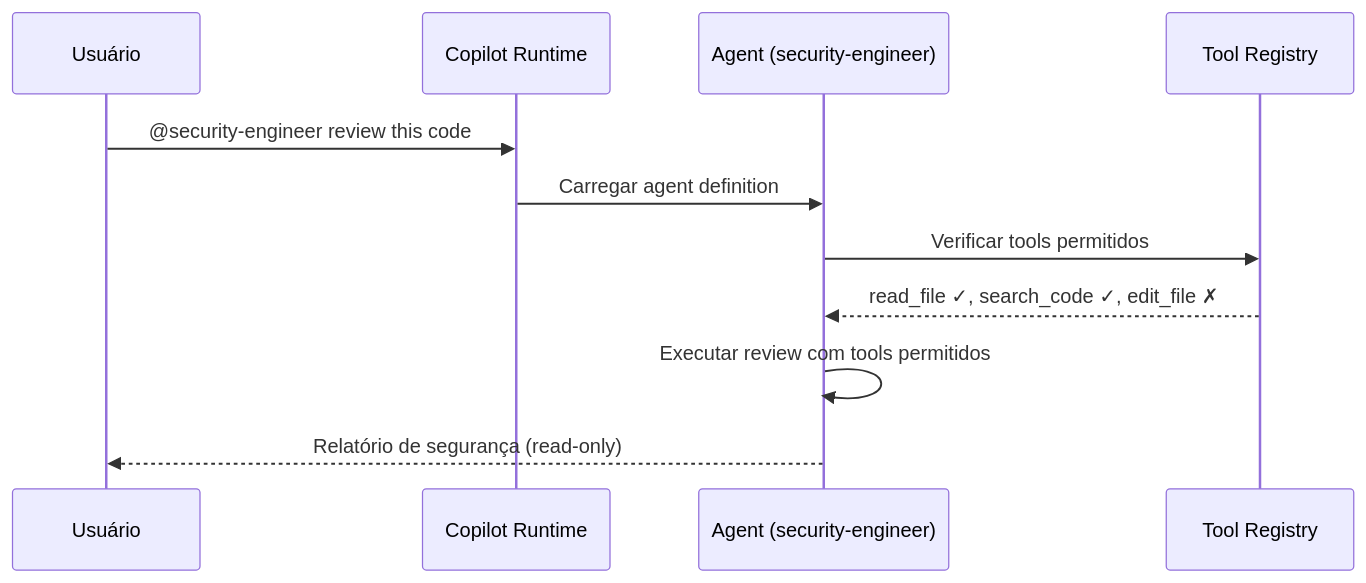
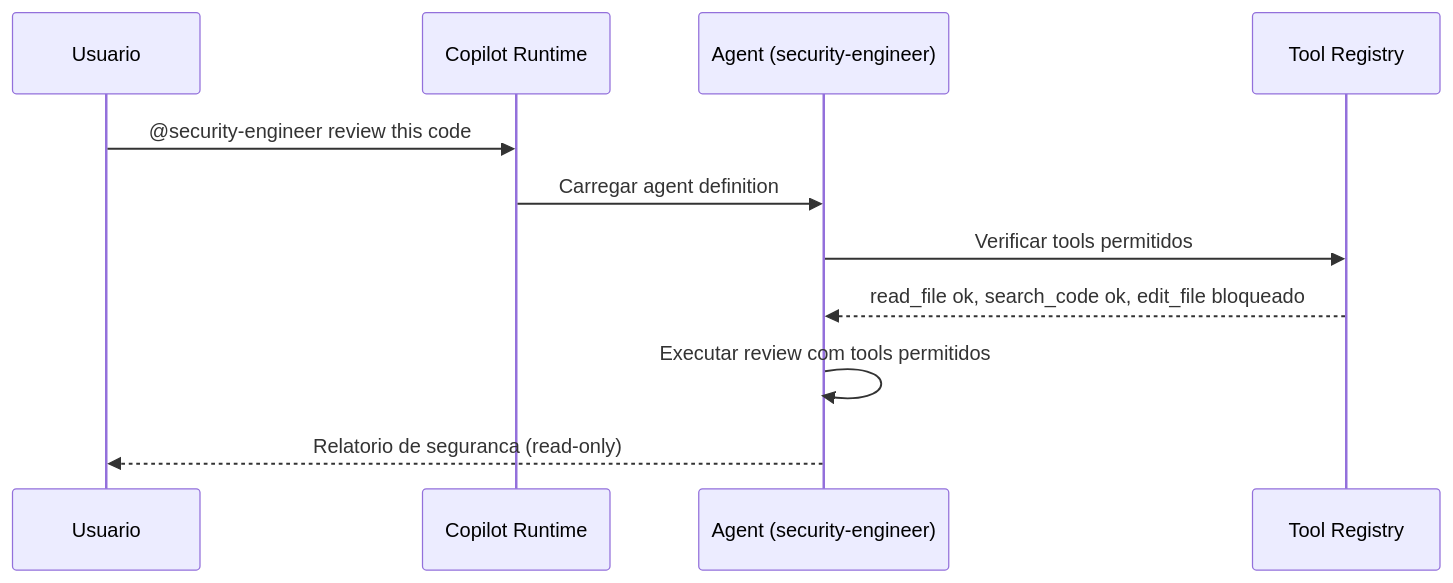
One commit to edercnj/ia-dev-environment changed the second of 2 diagrams in docs/stories/github-structure/STORY-010.md. Above: the diagram before and after it, drawn with Mermaid. The commit also changed other lines of this file and 64 other files, not shown here.

````diff
--- a/docs/stories/github-structure/STORY-010.md
+++ b/docs/stories/github-structure/STORY-010.md
@@ -102,14 +162,14 @@
 ```mermaid
 sequenceDiagram
-    participant U as Usuário
+    participant U as Usuario
     participant C as Copilot Runtime
     participant A as Agent (security-engineer)
     participant T as Tool Registry
 
     U->>C: @security-engineer review this code
     C->>A: Carregar agent definition
     A->>T: Verificar tools permitidos
-    T-->>A: read_file ✓, search_code ✓, edit_file ✗
+    T-->>A: read_file ok, search_code ok, edit_file bloqueado
     A->>A: Executar review com tools permitidos
-    A-->>U: Relatório de segurança (read-only)
+    A-->>U: Relatorio de seguranca (read-only)
 ```
````
